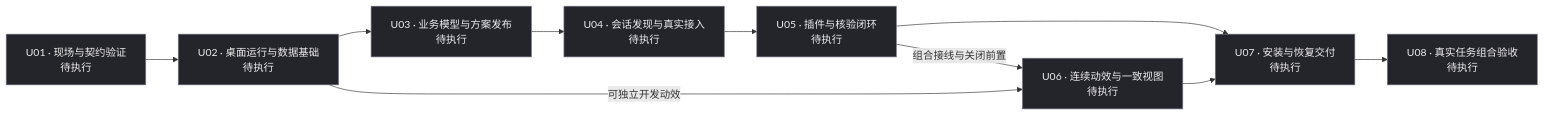
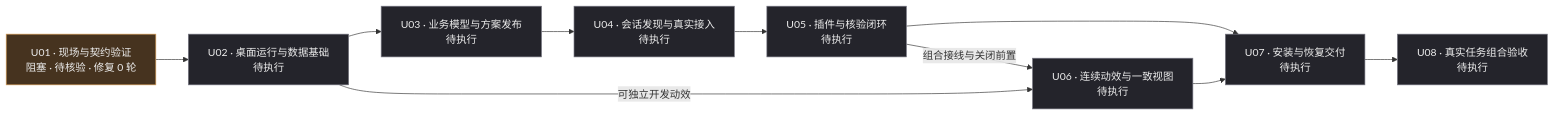
The diagram in docs/03_桌面工作台与Codex连接/02_台账/01_手动试跑主台账_2026-11-09.md (WuwuZhang0019/Codex-task-monitoring), drawn with Mermaid before and after one commit. The commit also changed other lines of this file and 2 other files, not shown here.

````diff
--- a/docs/03_桌面工作台与Codex连接/02_台账/01_手动试跑主台账_2026-11-09.md
+++ b/docs/03_桌面工作台与Codex连接/02_台账/01_手动试跑主台账_2026-11-09.md
@@ -32,24 +32,26 @@
 ```mermaid
 flowchart LR
-    U01["U01 · 现场与契约验证<br/>待执行"]
+    U01["U01 · 现场与契约验证<br/>阻塞 · 待核验 · 修复 0 轮"]
     U02["U02 · 桌面运行与数据基础<br/>待执行"]
     U03["U03 · 业务模型与方案发布<br/>待执行"]
     U04["U04 · 会话发现与真实接入<br/>待执行"]
     U05["U05 · 插件与核验闭环<br/>待执行"]
     U06["U06 · 连续动效与一致视图<br/>待执行"]
     U07["U07 · 安装与恢复交付<br/>待执行"]
     U08["U08 · 真实任务组合验收<br/>待执行"]
 
     U01 --> U02
     U02 --> U03
     U03 --> U04
     U04 --> U05
     U05 -->|组合接线与关闭前置| U06
     U02 -->|可独立开发动效| U06
     U05 --> U07
     U06 --> U07
     U07 --> U08
 
     classDef pending fill:#24242b,stroke:#777783,color:#eeeeee;
-    class U01,U02,U03,U04,U05,U06,U07,U08 pending;
+    classDef blocked fill:#46331f,stroke:#d49a53,color:#eeeeee;
+    class U01 blocked;
+    class U02,U03,U04,U05,U06,U07,U08 pending;
 ```
````
